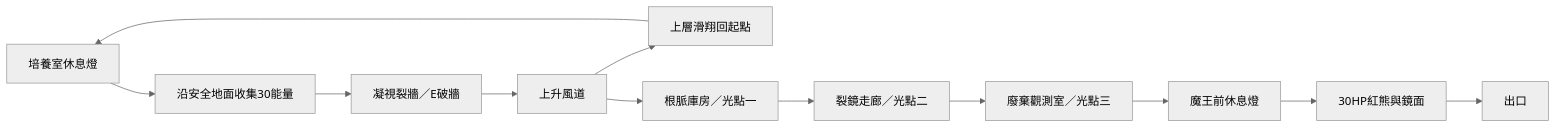
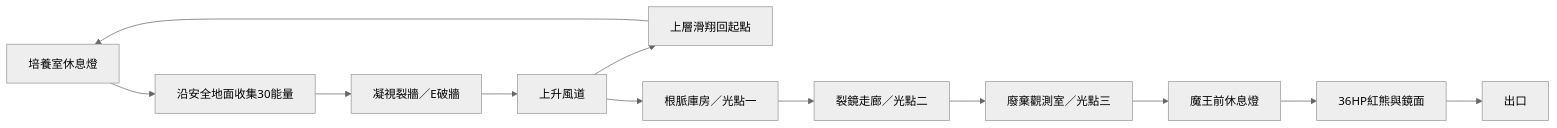
The diagram in docs/design/adventure-rework-spec.md (Biology-C/eye-creature), drawn with Mermaid (neutral theme) before and after one commit. The commit also changed other lines of this file and 38 other files, not shown here.

````diff
--- a/docs/design/adventure-rework-spec.md
+++ b/docs/design/adventure-rework-spec.md
@@ -14,14 +14,14 @@
 ```mermaid
 flowchart LR
     A[培養室休息燈] --> B[沿安全地面收集30能量]
     B --> C[凝視裂牆／E破牆]
     C --> D[上升風道]
     D --> E[上層滑翔回起點]
     E --> A
     D --> F[根脈庫房／光點一]
     F --> G[裂鏡走廊／光點二]
     G --> H[廢棄觀測室／光點三]
     H --> I[魔王前休息燈]
-    I --> J[30HP紅熊與鏡面]
+    I --> J[36HP紅熊與鏡面]
     J --> K[出口]
 ```
````
